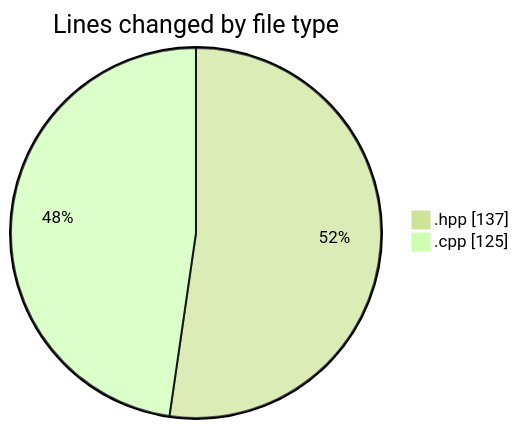
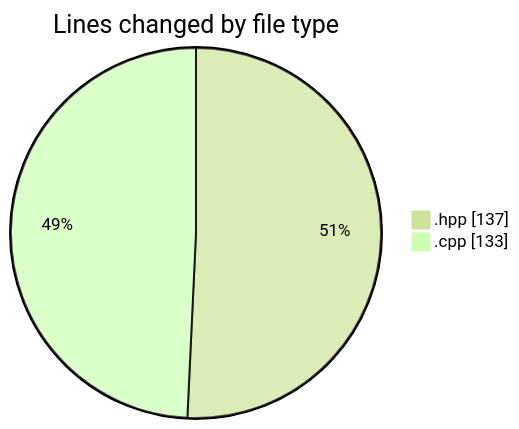
Before and after one commit to Netris89/code-tracking: the first of 2 diagrams in 2025-05-02/date/README.md, drawn with Mermaid (forest theme). The commit also changed other lines of this file and 1 other file, not shown here.

````diff
--- a/2025-05-02/date/README.md
+++ b/2025-05-02/date/README.md
@@ -23,6 +23,6 @@
 ```mermaid
 pie showData
 title Lines changed by file type
 ".hpp" : 137
-".cpp" : 125
+".cpp" : 133
 ```
````
